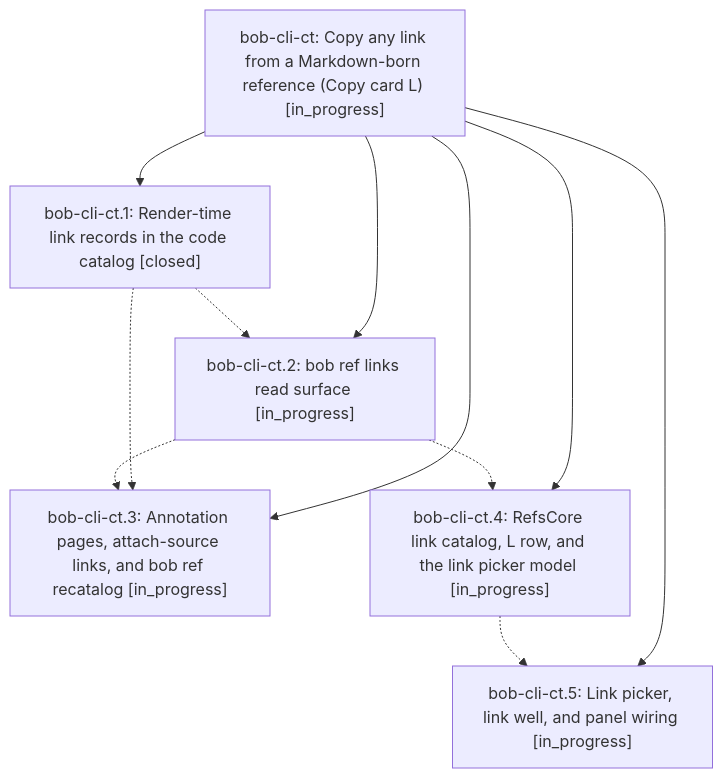
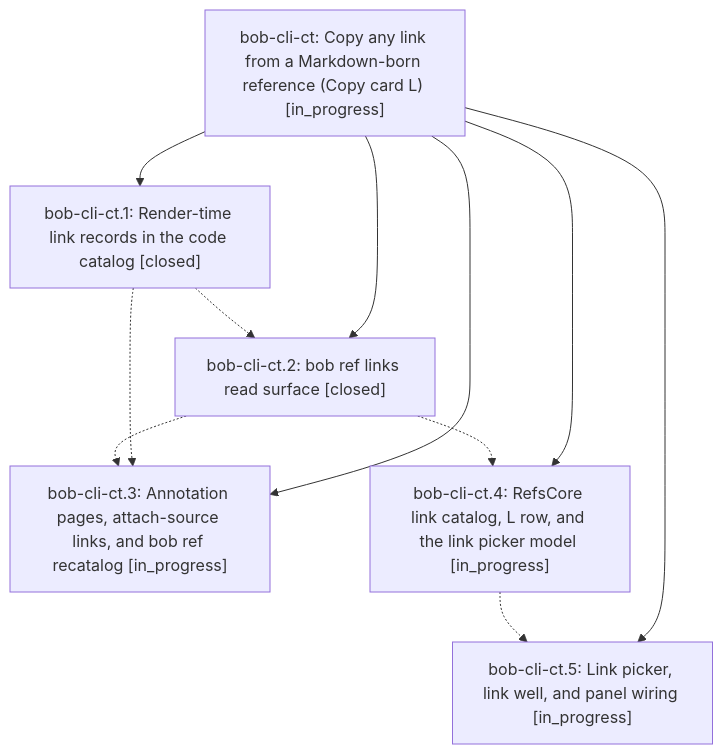
Before and after one commit to bobs-org/bob-cli--beads: the diagram in pages/bob-cli-ct/README.md, drawn with Mermaid. The commit also changed other lines of this file and 4 other files, not shown here.

First line of the commit message:
chore(beads): sync bead state and pages for bob-cli-ct

````diff
--- a/pages/bob-cli-ct/README.md
+++ b/pages/bob-cli-ct/README.md
@@ -38,19 +40,19 @@
 ```mermaid
 flowchart TD
     n0["bob-cli-ct: Copy any link from a Markdown-born reference (Copy card L) [in_progress]"]
     n1["bob-cli-ct.1: Render-time link records in the code catalog [closed]"]
-    n2["bob-cli-ct.2: bob ref links read surface [in_progress]"]
+    n2["bob-cli-ct.2: bob ref links read surface [closed]"]
     n3["bob-cli-ct.3: Annotation pages, attach-source links, and bob ref recatalog [in_progress]"]
     n4["bob-cli-ct.4: RefsCore link catalog, L row, and the link picker model [in_progress]"]
     n5["bob-cli-ct.5: Link picker, link well, and panel wiring [in_progress]"]
     n0 --> n1
     n0 --> n2
     n0 --> n3
     n0 --> n4
     n0 --> n5
     n1 -.-> n2
     n1 -.-> n3
     n2 -.-> n3
     n2 -.-> n4
     n4 -.-> n5
 ```
````
